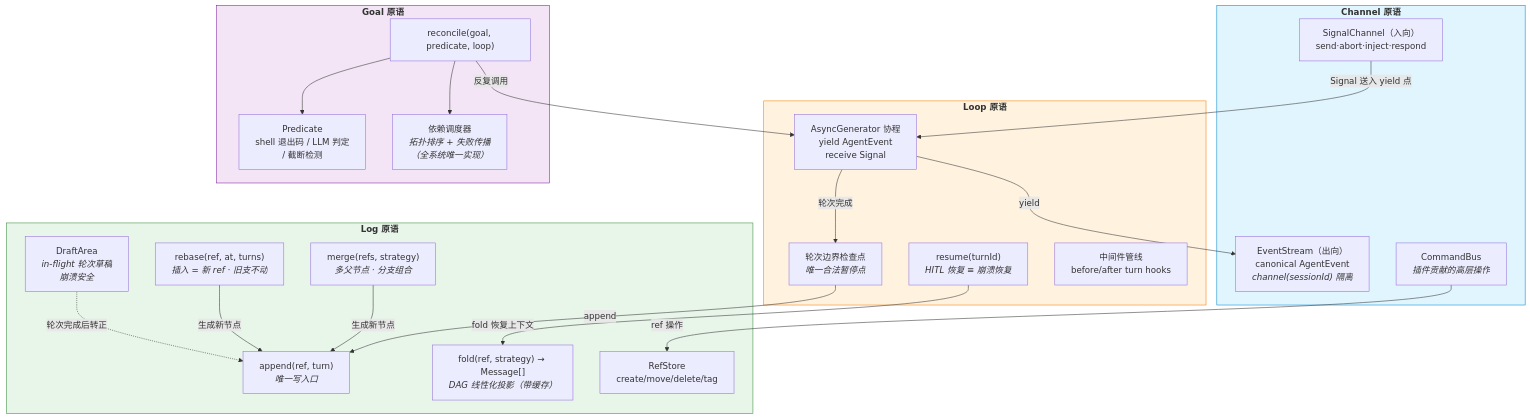
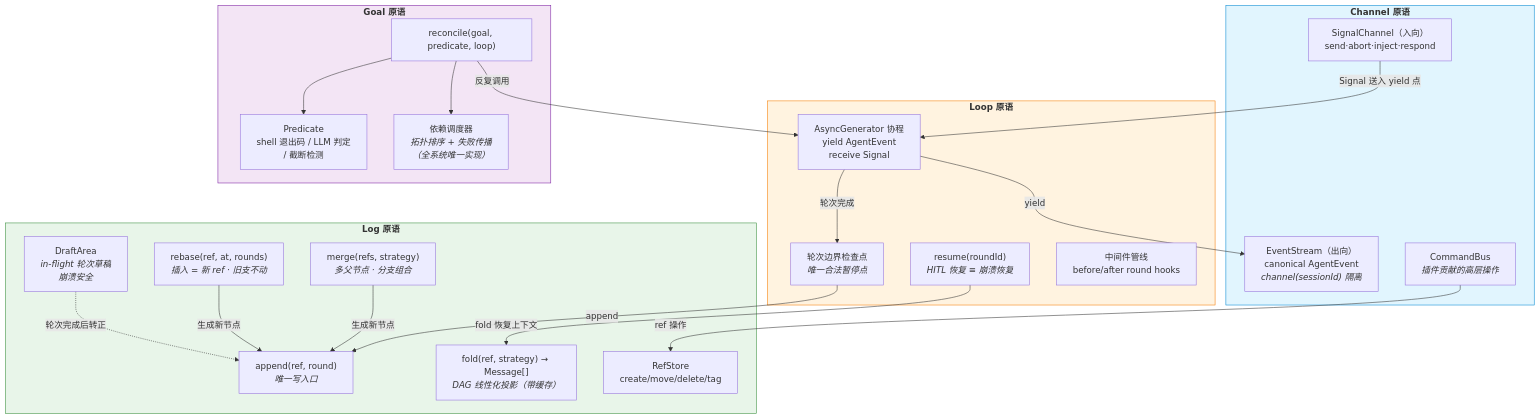
One commit to mushuanli/itookit changed the fourth of 5 diagrams in doc/feat/llm-2.md. Above: the diagram before and after it, drawn with Mermaid. The commit also changed other lines of this file and 74 other files, not shown here.

First line of the commit message:
refactor: rename Turn to Round across entire codebase and docs

````diff
--- a/doc/feat/llm-2.md
+++ b/doc/feat/llm-2.md
@@ -281,46 +281,46 @@
 ```mermaid
 graph TB
     subgraph Log_P["<b>Log 原语</b>"]
         style Log_P fill:#e8f5e9,stroke:#388e3c
-        Append["append(ref, turn)<br/><i>唯一写入口</i>"]
+        Append["append(ref, round)<br/><i>唯一写入口</i>"]
         Fold["fold(ref, strategy) → Message[]<br/><i>DAG 线性化投影（带缓存）</i>"]
         Refs["RefStore<br/>create/move/delete/tag"]
         MergeOp["merge(refs, strategy)<br/><i>多父节点 · 分支组合</i>"]
-        RebaseOp["rebase(ref, at, turns)<br/><i>插入 = 新 ref · 旧支不动</i>"]
+        RebaseOp["rebase(ref, at, rounds)<br/><i>插入 = 新 ref · 旧支不动</i>"]
         Draft["DraftArea<br/><i>in-flight 轮次草稿<br/>崩溃安全</i>"]
     end
 
     subgraph Loop_P["<b>Loop 原语</b>"]
         style Loop_P fill:#fff3e0,stroke:#f57c00
         Coroutine["AsyncGenerator 协程<br/>yield AgentEvent<br/>receive Signal"]
         Checkpoint["轮次边界检查点<br/><i>唯一合法暂停点</i>"]
-        Resume["resume(turnId)<br/><i>HITL 恢复 ≡ 崩溃恢复</i>"]
-        Pipeline["中间件管线<br/>before/after turn hooks"]
+        Resume["resume(roundId)<br/><i>HITL 恢复 ≡ 崩溃恢复</i>"]
+        Pipeline["中间件管线<br/>before/after round hooks"]
     end
 
     subgraph Channel_P["<b>Channel 原语</b>"]
         style Channel_P fill:#e1f5fe,stroke:#0288d1
         SignalCh["SignalChannel（入向）<br/>send·abort·inject·respond"]
         EventStream["EventStream（出向）<br/>canonical AgentEvent<br/><i>channel(sessionId) 隔离</i>"]
         CmdBus["CommandBus<br/><i>插件贡献的高层操作</i>"]
     end
 
     subgraph Goal_P["<b>Goal 原语</b>"]
         style Goal_P fill:#f3e5f5,stroke:#7b1fa2
         Reconciler["reconcile(goal, predicate, loop)"]
         Predicate["Predicate<br/>shell 退出码 / LLM 判定<br/>/ 截断检测"]
         DepSched["依赖调度器<br/><i>拓扑排序 + 失败传播<br/>（全系统唯一实现）</i>"]
     end
 
     SignalCh -->|"Signal 送入 yield 点"| Coroutine
     Coroutine -->|"yield"| EventStream
     Coroutine -->|"轮次完成"| Checkpoint
     Checkpoint -->|"append"| Append
     Resume -->|"fold 恢复上下文"| Fold
     Reconciler -->|"反复调用"| Coroutine
     Reconciler --> DepSched
     Reconciler --> Predicate
     CmdBus -->|"ref 操作"| Refs
     MergeOp & RebaseOp -->|"生成新节点"| Append
     Draft -.->|"轮次完成后转正"| Append
 ```
````
